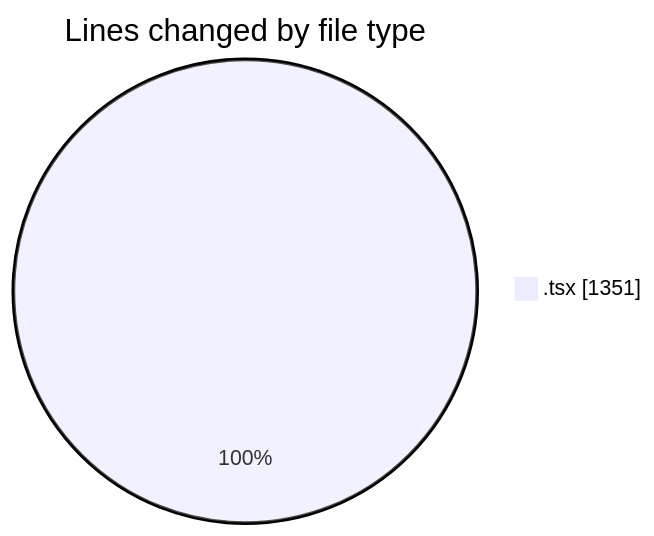
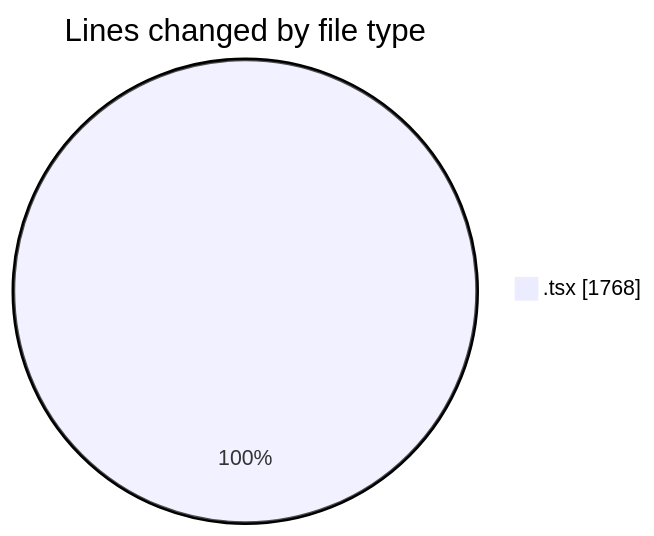
One commit to nxtqubesakshisongat/code-tracking changed the first of 2 diagrams in 2026-06-11/nxtqube_webapp/README.md. Above: the diagram before and after it, drawn with Mermaid. The commit also changed other lines of this file and 1 other file, not shown here.

````diff
--- a/2026-06-11/nxtqube_webapp/README.md
+++ b/2026-06-11/nxtqube_webapp/README.md
@@ -21,5 +21,5 @@
 ```mermaid
 pie showData
 title Lines changed by file type
-".tsx" : 1351
+".tsx" : 1768
 ```
````
